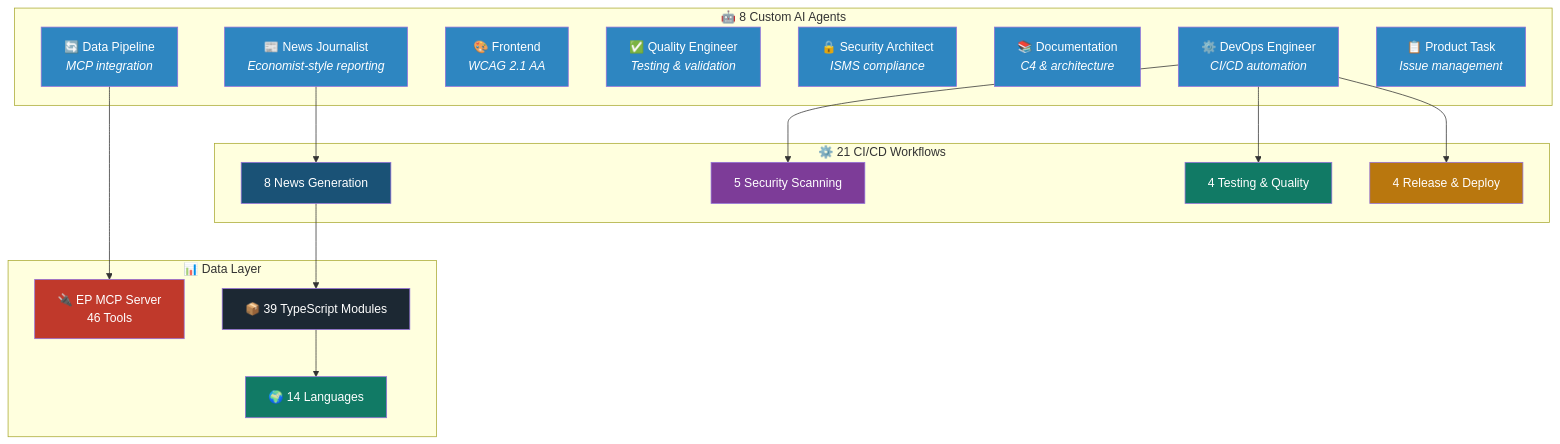
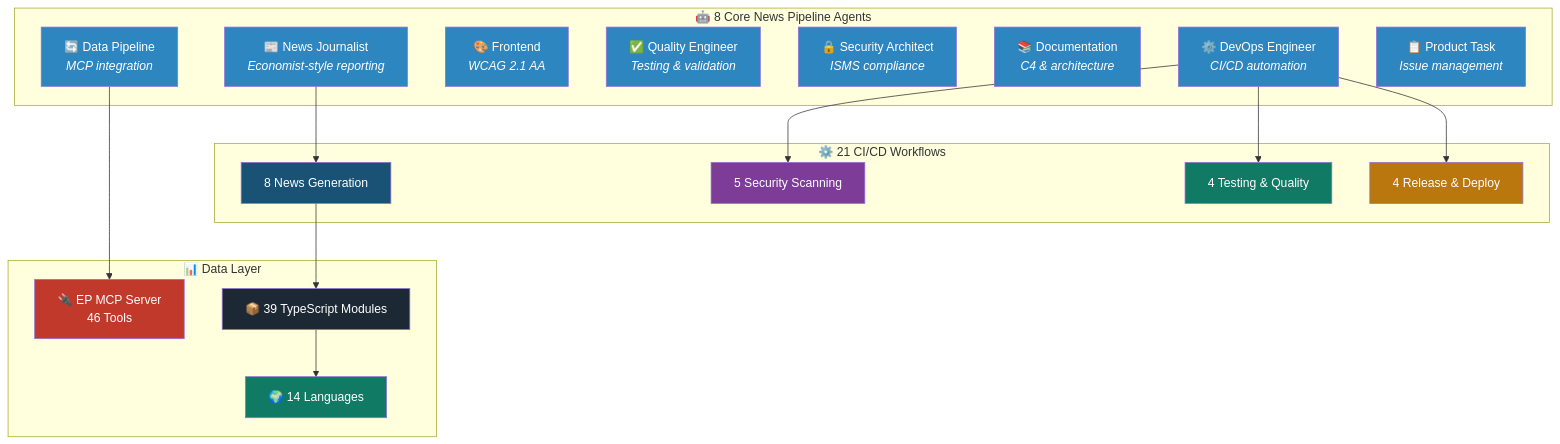
Before and after one commit to Hack23/euparliamentmonitor: the second of 4 diagrams in README.md, drawn with Mermaid. The commit also changed other lines of this file, not shown here.

````diff
--- a/README.md
+++ b/README.md
@@ -835,47 +835,47 @@
 ```mermaid
 graph TB
-    subgraph "🤖 8 Custom AI Agents"
+    subgraph "🤖 8 Core News Pipeline Agents"
         A1["📰 News Journalist<br/><i>Economist-style reporting</i>"]
         A2["🔄 Data Pipeline<br/><i>MCP integration</i>"]
         A3["🎨 Frontend<br/><i>WCAG 2.1 AA</i>"]
         A4["✅ Quality Engineer<br/><i>Testing & validation</i>"]
         A5["🔒 Security Architect<br/><i>ISMS compliance</i>"]
         A6["📚 Documentation<br/><i>C4 & architecture</i>"]
         A7["⚙️ DevOps Engineer<br/><i>CI/CD automation</i>"]
         A8["📋 Product Task<br/><i>Issue management</i>"]
     end
 
     subgraph "⚙️ 21 CI/CD Workflows"
         W1["8 News Generation"]
         W2["5 Security Scanning"]
         W3["4 Testing & Quality"]
         W4["4 Release & Deploy"]
     end
 
     subgraph "📊 Data Layer"
         MCP["🔌 EP MCP Server<br/>46 Tools"]
         TS["📦 39 TypeScript Modules"]
         L14["🌍 14 Languages"]
     end
 
     A1 --> W1
     A2 --> MCP
     A7 --> W2 & W3 & W4
     W1 --> TS --> L14
 
     style A1 fill:#2e86c1,color:#fff
     style A2 fill:#2e86c1,color:#fff
     style A3 fill:#2e86c1,color:#fff
     style A4 fill:#2e86c1,color:#fff
     style A5 fill:#2e86c1,color:#fff
     style A6 fill:#2e86c1,color:#fff
     style A7 fill:#2e86c1,color:#fff
     style A8 fill:#2e86c1,color:#fff
     style W1 fill:#1a5276,color:#fff
     style W2 fill:#7d3c98,color:#fff
     style W3 fill:#117a65,color:#fff
     style W4 fill:#b9770e,color:#fff
     style MCP fill:#c0392b,color:#fff
     style TS fill:#1c2833,color:#fff
     style L14 fill:#117a65,color:#fff
 ```
````
